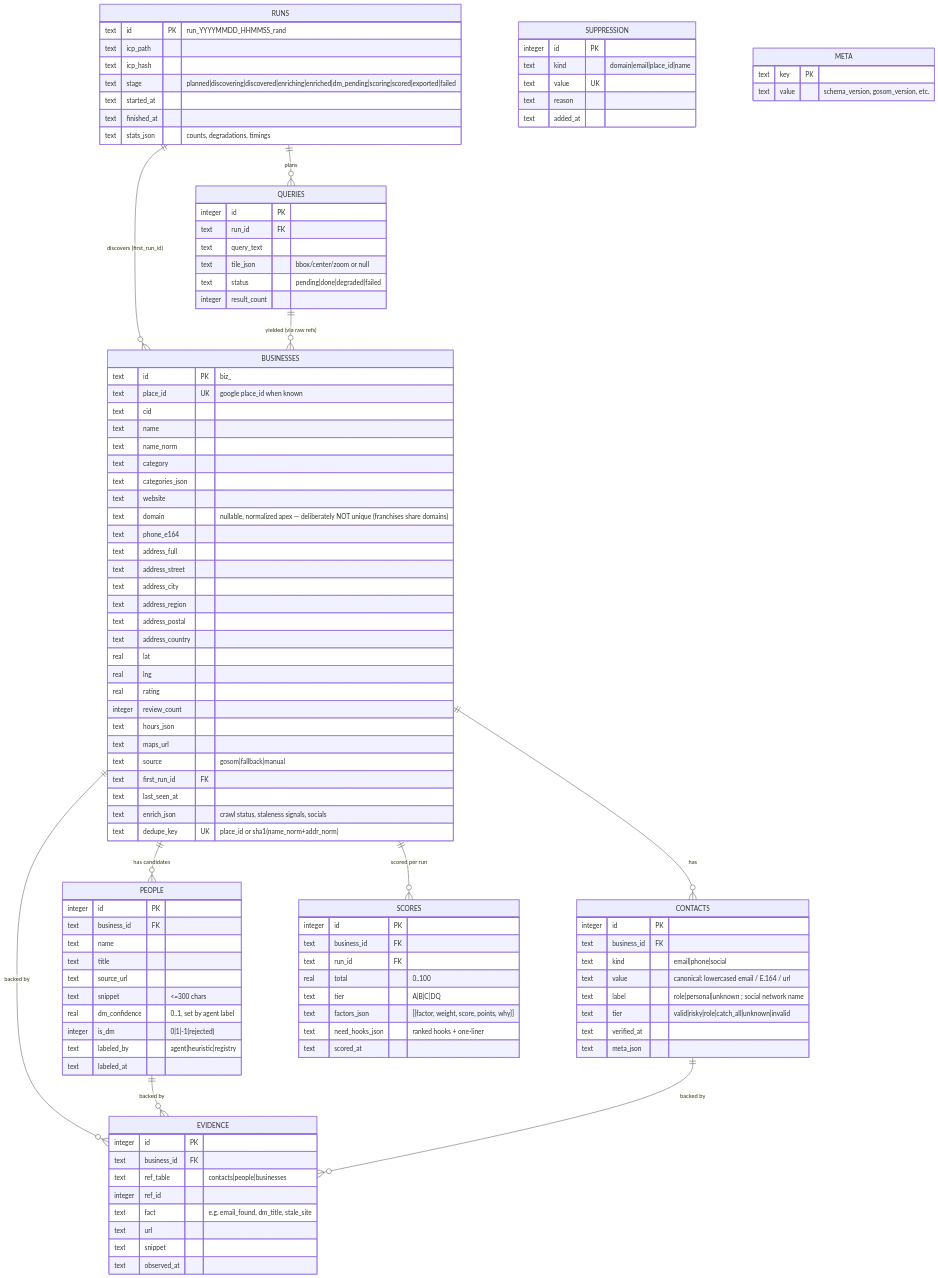
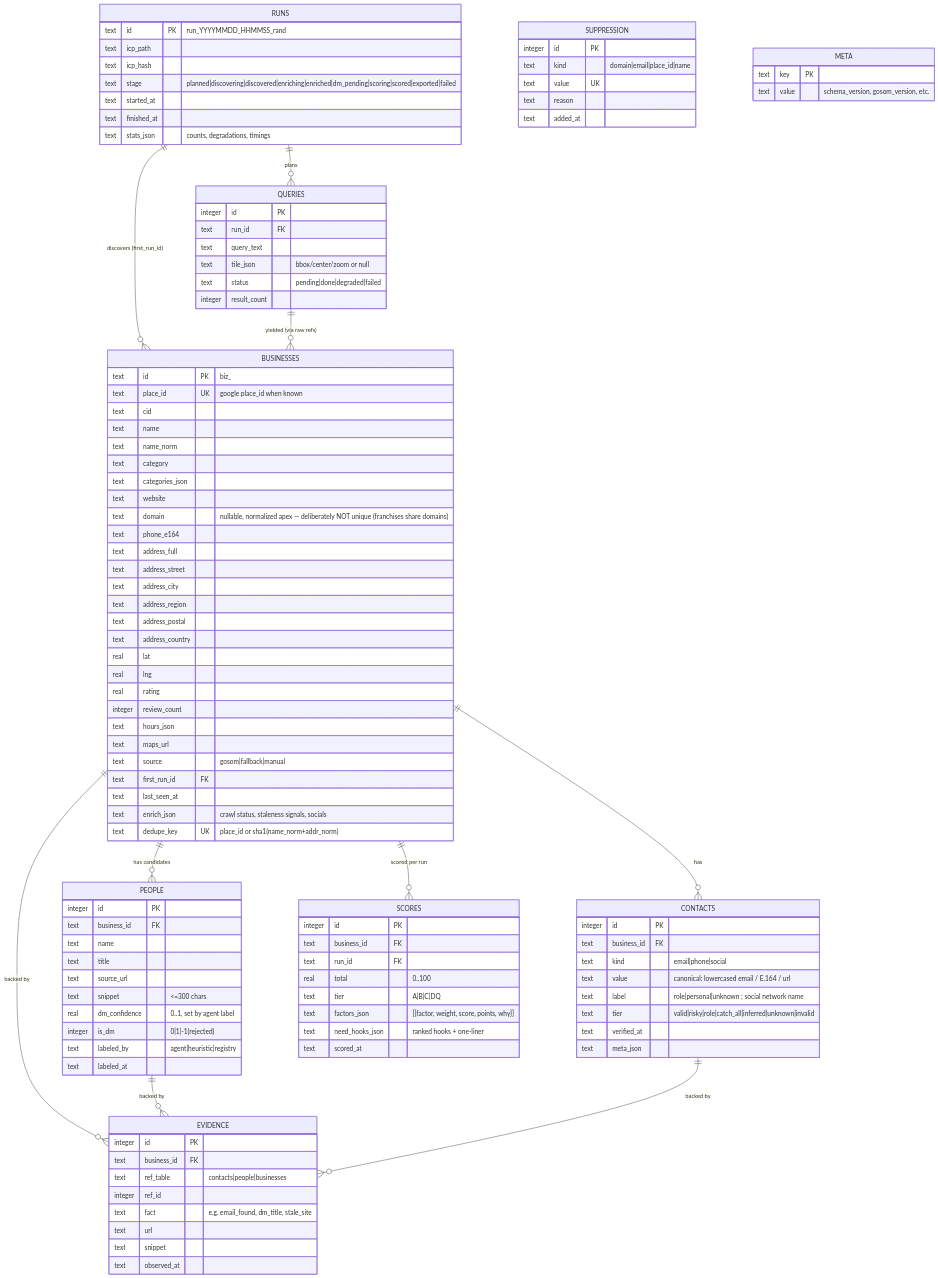
The diagram in docs/03-data-model.md (AbdulrahmanAmer/leadforge), drawn with Mermaid before and after one commit. The commit also changed other lines of this file and 5 other files, not shown here.

```diff
--- a/docs/03-data-model.md
+++ b/docs/03-data-model.md
@@ -73,7 +73,7 @@
         text kind "email|phone|social"
         text value "canonical: lowercased email / E.164 / url"
         text label "role|personal|unknown ; social network name"
-        text tier "valid|risky|role|catch_all|unknown|invalid"
+        text tier "valid|risky|role|catch_all|inferred|unknown|invalid"
         text verified_at
         text meta_json
     }
```
